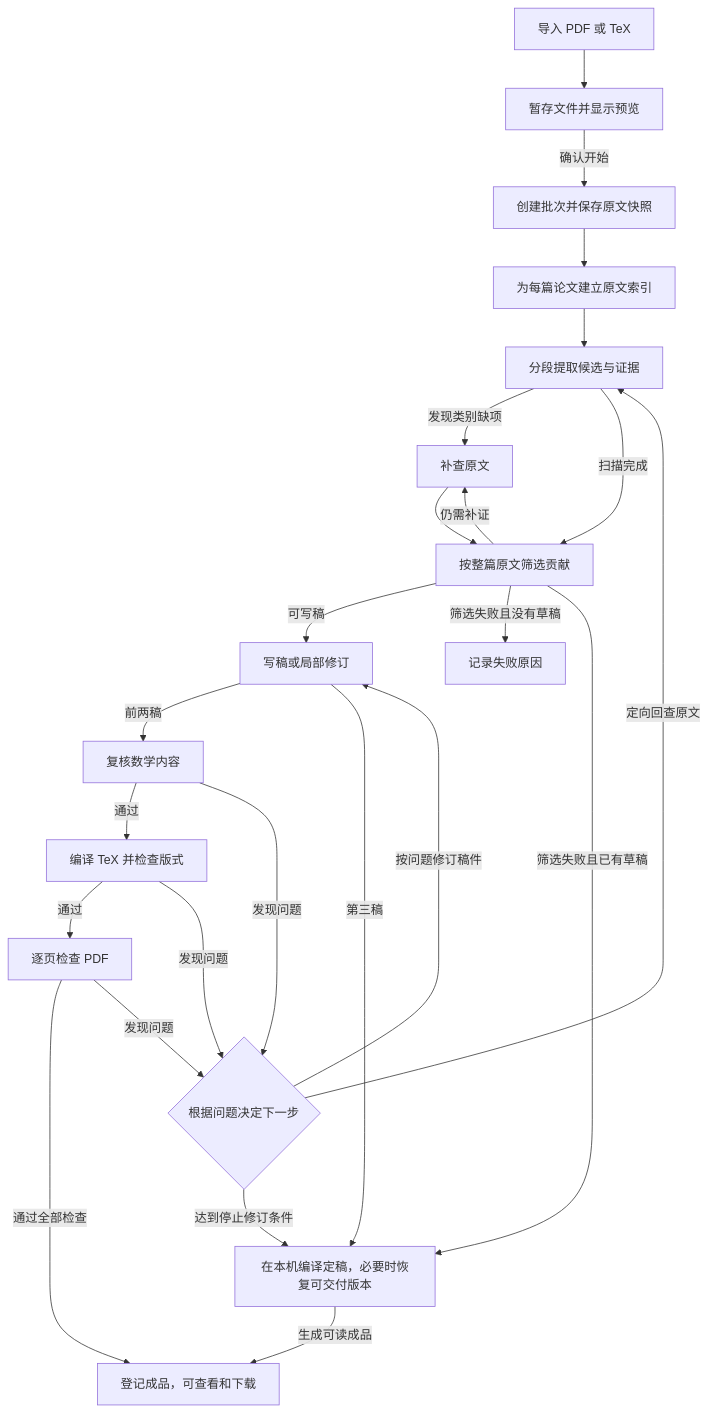
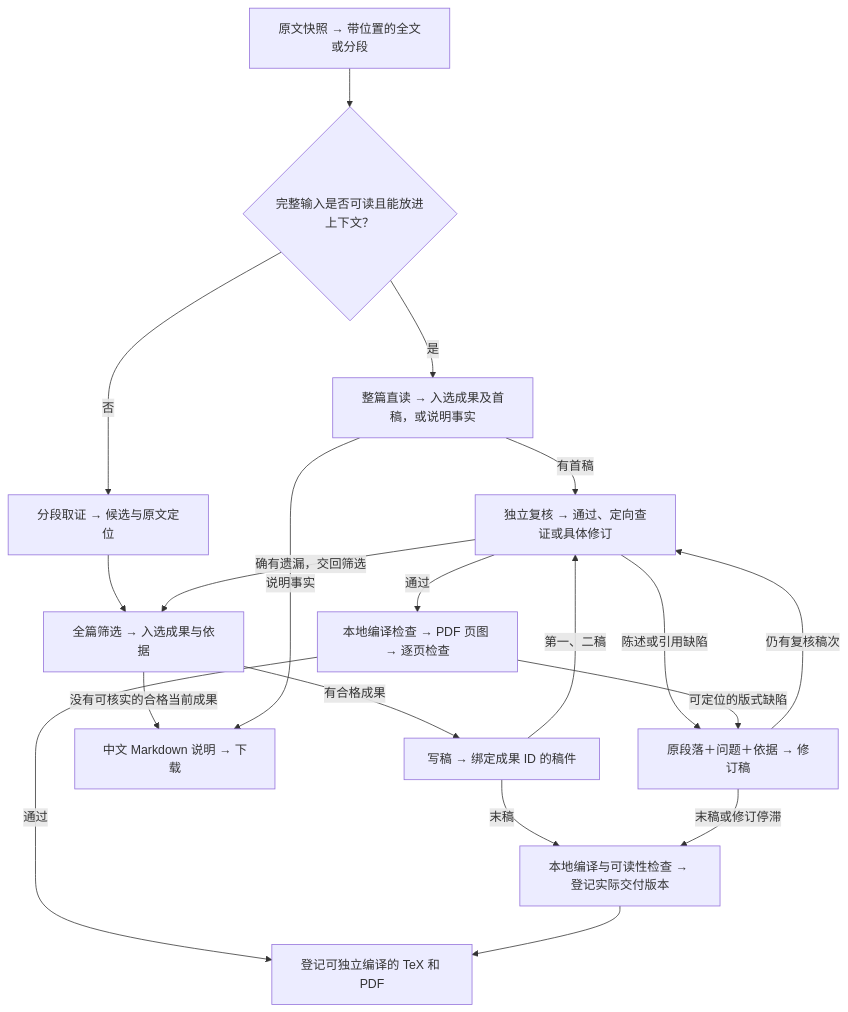
One commit to ZhiyaoXiongMath/paper-extraction changed the diagram in README.md. Above: the diagram before and after it, drawn with Mermaid. The commit also changed other lines of this file and 73 other files, not shown here.

````diff
--- a/README.md
+++ b/README.md
@@ -61,26 +68,21 @@
 ```mermaid
 flowchart TB
-    U["导入 PDF 或 TeX"] --> A["暂存文件并显示预览"]
-    A -->|确认开始| B["创建批次并保存原文快照"]
-    B --> I["为每篇论文建立原文索引"]
-    I --> X["分段提取候选与证据"]
-    X -->|发现类别缺项| P["补查原文"]
-    X -->|扫描完成| S["按整篇原文筛选贡献"]
-    P --> S
-    S -->|仍需补证| P
-    S -->|可写稿| D["写稿或局部修订"]
-    S -->|筛选失败且没有草稿| N["记录失败原因"]
-    S -->|筛选失败且已有草稿| F["在本机编译定稿，必要时恢复可交付版本"]
-    D -->|前两稿| R["复核数学内容"]
-    D -->|第三稿| F
-    R -->|通过| C["编译 TeX 并检查版式"]
-    C -->|通过| V["逐页检查 PDF"]
-    V -->|通过全部检查| O["登记成品，可查看和下载"]
-    R -->|发现问题| Q{"根据问题决定下一步"}
-    C -->|发现问题| Q
-    V -->|发现问题| Q
-    Q -->|定向回查原文| X
-    Q -->|按问题修订稿件| D
-    Q -->|达到停止修订条件| F
-    F -->|生成可读成品| O
+    I["原文快照 → 带位置的全文或分段"] --> G{"完整输入是否可读且能放进上下文？"}
+    G -->|是| D["整篇直读 → 入选成果及首稿，或说明事实"]
+    G -->|否| X["分段取证 → 候选与原文定位"]
+    X --> S["全篇筛选 → 入选成果与依据"]
+    S -->|有合格成果| W["写稿 → 绑定成果 ID 的稿件"]
+    S -->|没有可核实的合格当前成果| M["中文 Markdown 说明 → 下载"]
+    D -->|说明事实| M
+    D -->|有首稿| R["独立复核 → 通过、定向查证或具体修订"]
+    W -->|第一、二稿| R
+    R -->|确有遗漏，交回筛选| S
+    R -->|陈述或引用缺陷| P["原段落＋问题＋依据 → 修订稿"]
+    R -->|通过| C["本地编译检查 → PDF 页图 → 逐页检查"]
+    C -->|通过| O["登记可独立编译的 TeX 和 PDF"]
+    C -->|可定位的版式缺陷| P
+    P -->|仍有复核稿次| R
+    W -->|末稿| F["本地编译与可读性检查 → 登记实际交付版本"]
+    P -->|末稿或修订停滞| F
+    F --> O
 ```
````
